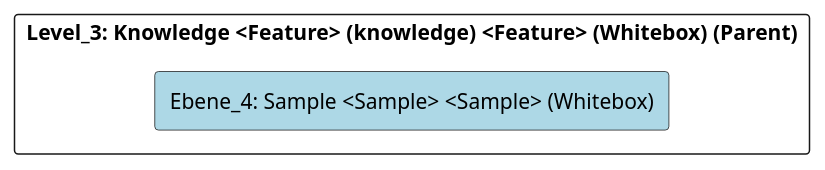
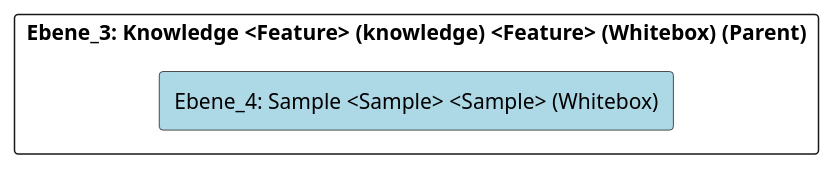
One commit to marcozwyssig/cleon changed the diagram in doc/cleonproject_deliverables_architecture_model_architecture/adoc/de/05_bausteinsicht/cleon/common/knowledge/sample/ebene_4_sample.adoc. Above: the diagram before and after it, drawn with PlantUML. The commit also changed other lines of this file and 620 other files, not shown here.

```diff
--- a/doc/cleonproject_deliverables_architecture_model_architecture/adoc/de/05_bausteinsicht/cleon/common/knowledge/sample/ebene_4_sample.adoc
+++ b/doc/cleonproject_deliverables_architecture_model_architecture/adoc/de/05_bausteinsicht/cleon/common/knowledge/sample/ebene_4_sample.adoc
@@ -20,24 +20,24 @@
 [plantuml, Ebene_4: Sample <Sample> <Sample> (Whitebox)BlockOverview, format="svg"]
 ----
 @startuml Ebene_4: Sample <Sample> <Sample> (Whitebox)BuildingBlockOverview
 
 skinparam ranksep 10
 skinparam componentStyle rectangle
 skinparam shadowing false
 skinparam arrowColor lightblue
 skinparam arrowThickness 1.2
 skinparam rectangle {
   BackgroundColor White
   BorderColor #333
   RoundCorner 10
 }
 top to bottom direction
 
-component "Level_3: Knowledge <Feature> (knowledge) <Feature> (Whitebox) (Parent)" {
+component "Ebene_3: Knowledge <Feature> (knowledge) <Feature> (Whitebox) (Parent)" {
     component "Ebene_4: Sample <Sample> <Sample> (Whitebox)" #lightblue {
     }
 
 }
 
 @enduml
 ----
```
